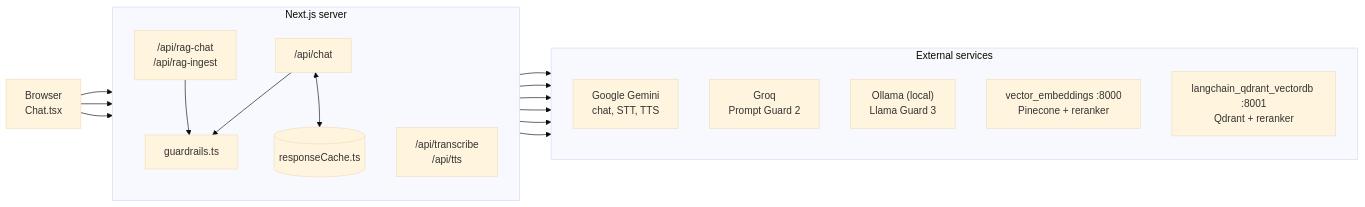
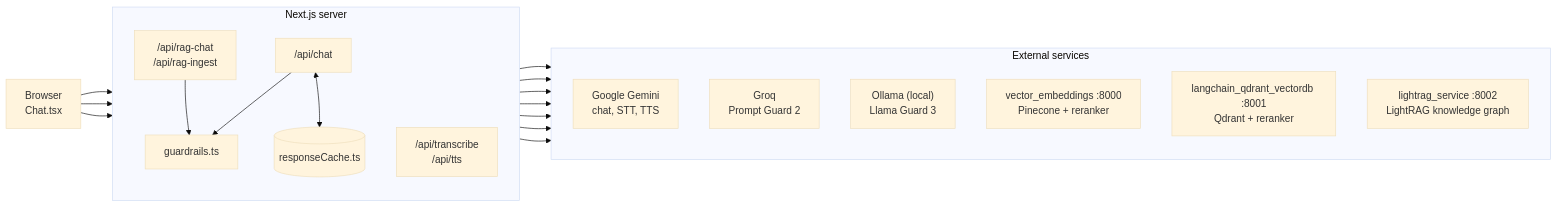
One commit to achyutasvm/my_test_chat_app changed the first of 2 diagrams in ARCHITECTURE.md. Above: the diagram before and after it, drawn with Mermaid (base theme). The commit also changed other lines of this file and 9 other files, not shown here.

First line of the commit message:
Add Knowledge graph (LightRAG) option to Document Q&A

````diff
--- a/ARCHITECTURE.md
+++ b/ARCHITECTURE.md
@@ -19,35 +19,37 @@
 ```mermaid
 flowchart LR
   UI["Browser<br/>Chat.tsx"]
 
   subgraph Next["Next.js server"]
     direction TB
     Chat["/api/chat"]
     Rag["/api/rag-chat<br/>/api/rag-ingest"]
     Voice["/api/transcribe<br/>/api/tts"]
     Guard["guardrails.ts"]
     Cache[("responseCache.ts")]
   end
 
   subgraph Ext["External services"]
     direction TB
     Gemini["Google Gemini<br/>chat, STT, TTS"]
     Groq["Groq<br/>Prompt Guard 2"]
     Ollama["Ollama (local)<br/>Llama Guard 3"]
     Pine["vector_embeddings :8000<br/>Pinecone + reranker"]
     Qdr["langchain_qdrant_vectordb :8001<br/>Qdrant + reranker"]
+    Light["lightrag_service :8002<br/>LightRAG knowledge graph"]
   end
 
   UI --> Chat
   UI --> Rag
   UI --> Voice
   Chat --> Guard
   Rag --> Guard
   Chat <--> Cache
   Chat --> Gemini
   Voice --> Gemini
   Guard --> Groq
   Guard --> Ollama
   Rag --> Pine
   Rag --> Qdr
+  Rag --> Light
 ```
````
